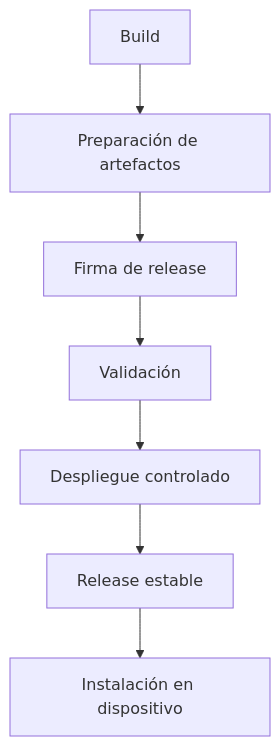
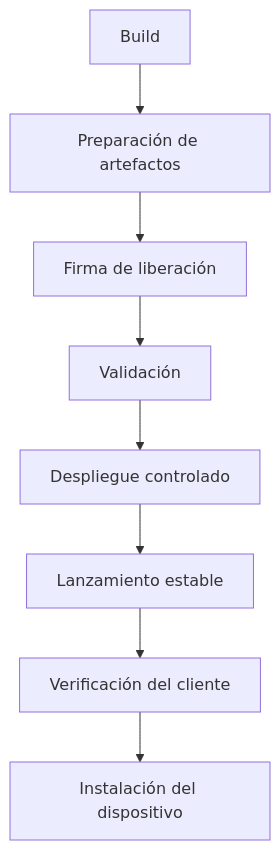
The first of 3 diagrams in es/os/ota-architecture.mdx (enigm-llc/docs), drawn with Mermaid before and after one commit. The commit also changed other lines of this file and 43 other files, not shown here.

````diff
--- a/es/os/ota-architecture.mdx
+++ b/es/os/ota-architecture.mdx
@@ -37,12 +15,19 @@
 ```mermaid
 flowchart TD
   Build["Build"]
-  Prep["Preparación de artefactos"]
-  Signing["Firma de release"]
+  Prepare["Preparación de artefactos"]
+  Signing["Firma de liberación"]
   Validation["Validación"]
   Rollout["Despliegue controlado"]
-  Stable["Release estable"]
-  Install["Instalación en dispositivo"]
+  Stable["Lanzamiento estable"]
+  Client["Verificación del cliente"]
+  Install["Instalación del dispositivo"]
 
-  Build --> Prep --> Signing --> Validation --> Rollout --> Stable --> Install
+  Build --> Prepare
+  Prepare --> Signing
+  Signing --> Validation
+  Validation --> Rollout
+  Rollout --> Stable
+  Stable --> Client
+  Client --> Install
 ```
````
